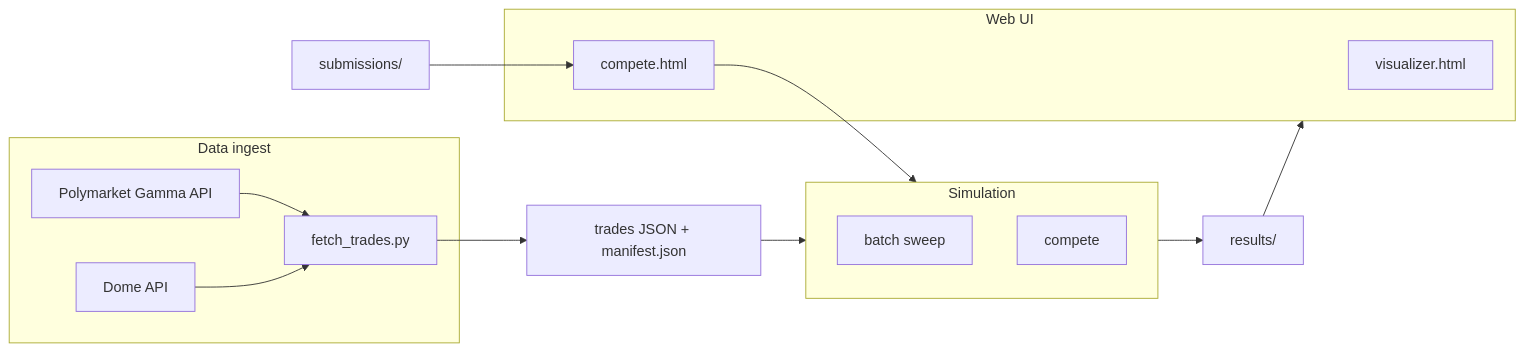
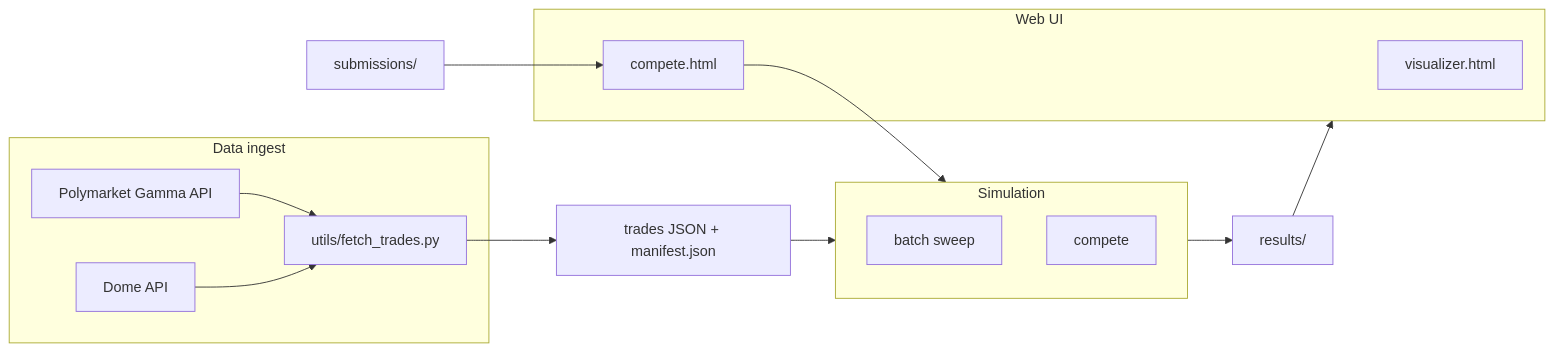
Before and after one commit to alanhwu/pmamm-sim: the diagram in README.md, drawn with Mermaid. The commit also changed other lines of this file and 2 other files, not shown here.

Commit message:
feat: fetch utils for big datasets

````diff
--- a/README.md
+++ b/README.md
@@ -25,24 +25,24 @@
 ```mermaid
 flowchart LR
   subgraph ingest["Data ingest"]
     Gamma["Polymarket Gamma API"]
     Dome["Dome API"]
-    Fetch["fetch_trades.py"]
+    Fetch["utils/fetch_trades.py"]
     Gamma --> Fetch
     Dome --> Fetch
   end
   JSON["trades JSON + manifest.json"]
   subgraph sim["Simulation"]
     Batch["batch sweep"]
     Compete["compete"]
   end
   Fetch --> JSON --> sim
   sim --> Results["results/"]
   subgraph ui["Web UI"]
     Viz["visualizer.html"]
     Comp["compete.html"]
   end
   Results --> ui
   Submissions["submissions/"] --> Comp
   Comp --> sim
 ```
````
